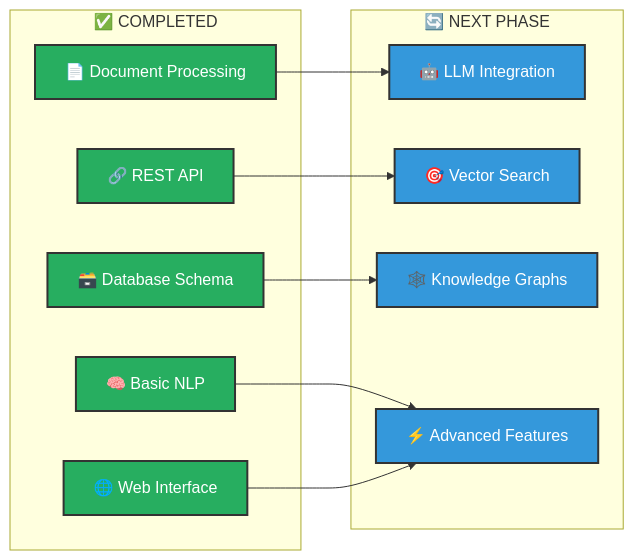
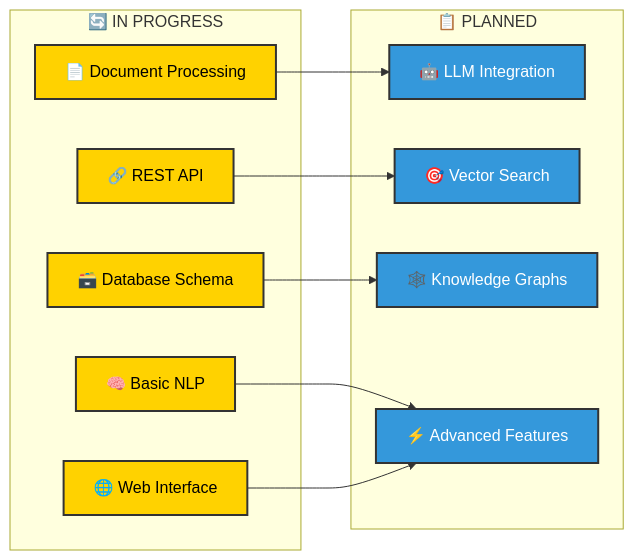
The third of 3 diagrams in Project_Summary.md (imaddde867/EXPLAINIUM), drawn with Mermaid before and after one commit. The commit also changed other lines of this file and 2 other files, not shown here.

First line of the commit message:
Clean up Implementation Roadmap: Remove dates, clarify Central Intelligence Hub focus, update Phase 1 status to IN PROGRESS

````diff
--- a/Project_Summary.md
+++ b/Project_Summary.md
@@ -144,29 +148,29 @@
 ```mermaid
 graph LR
-    subgraph "✅ COMPLETED"
+    subgraph "🔄 IN PROGRESS"
         DOC[📄 Document Processing]
         API[🔗 REST API]
         DB[🗃️ Database Schema]
         NLP[🧠 Basic NLP]
         WEB[🌐 Web Interface]
     end
-    
-    subgraph "🔄 NEXT PHASE"
+
+    subgraph "📋 PLANNED"
         LLM[🤖 LLM Integration]
         VECTOR[🎯 Vector Search]
         GRAPH[🕸️ Knowledge Graphs]
         ADVANCED[⚡ Advanced Features]
     end
-    
+
     DOC --> LLM
     API --> VECTOR
     DB --> GRAPH
     NLP --> ADVANCED
     WEB --> ADVANCED
-    
-    classDef completedStyle fill:#27ae60,stroke:#333,stroke-width:2px,color:#fff
-    classDef nextStyle fill:#3498db,stroke:#333,stroke-width:2px,color:#fff
-    
-    class DOC,API,DB,NLP,WEB completedStyle
-    class LLM,VECTOR,GRAPH,ADVANCED nextStyle
+
+    classDef inProgressStyle fill:#ffd200,stroke:#333,stroke-width:2px,color:#000
+    classDef plannedStyle fill:#3498db,stroke:#333,stroke-width:2px,color:#fff
+
+    class DOC,API,DB,NLP,WEB inProgressStyle
+    class LLM,VECTOR,GRAPH,ADVANCED plannedStyle
 ```
````
